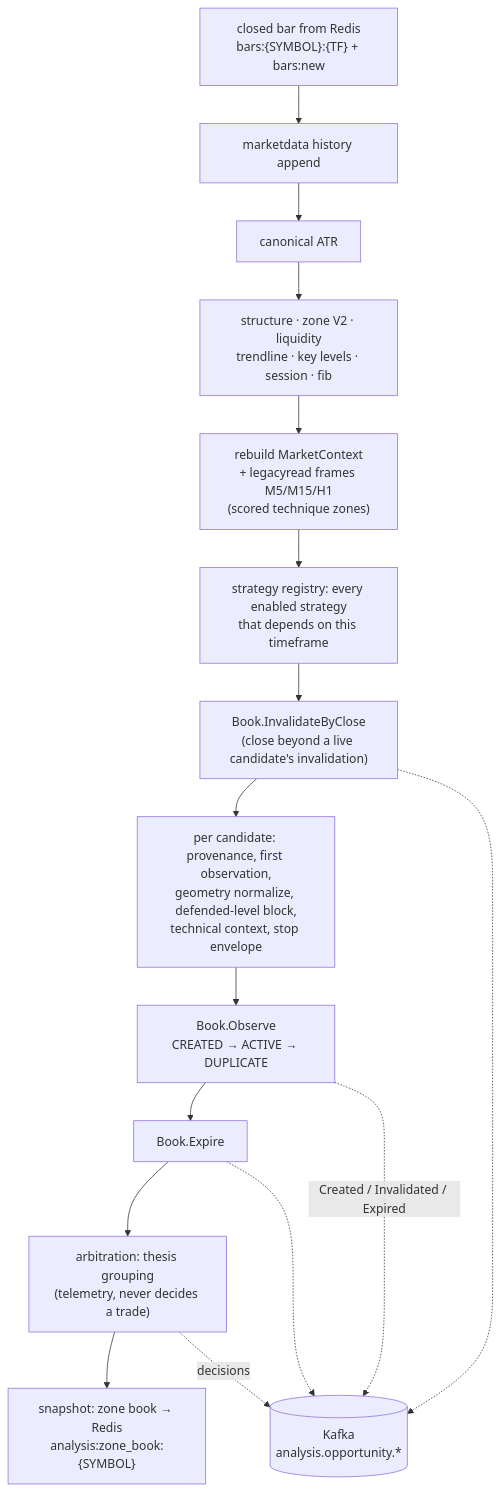
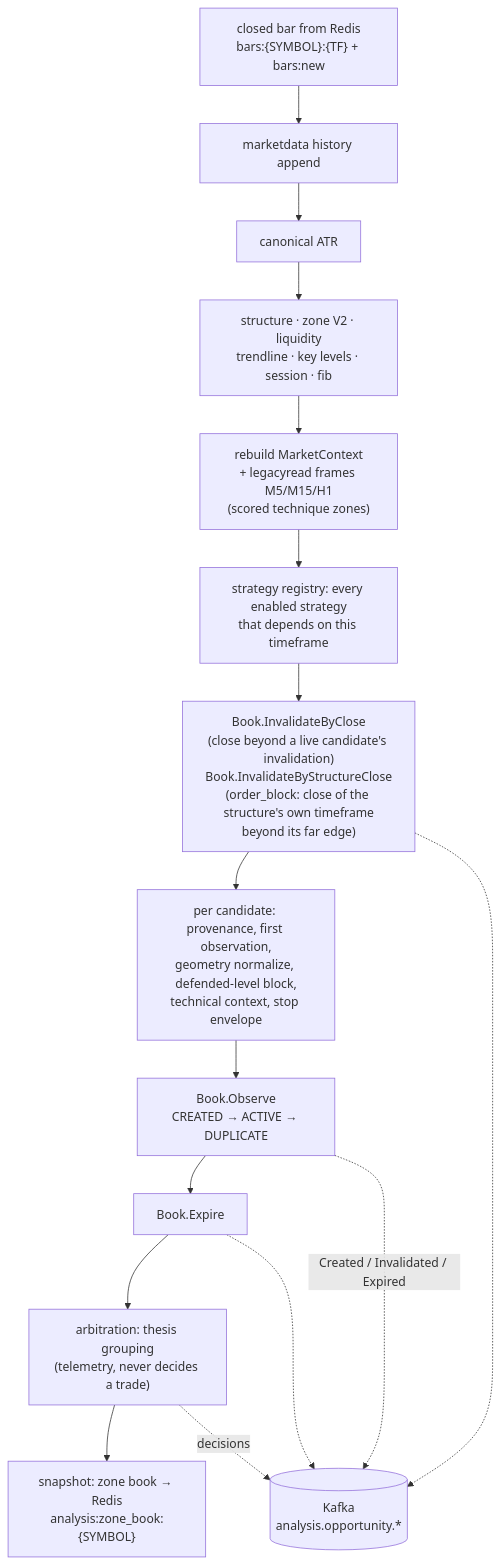
One commit to st-mich43l/apexvoid-trading-bot changed the first of 6 diagrams in docs/analysis-engine.md. Above: the diagram before and after it, drawn with Mermaid. The commit also changed other lines of this file and 1 other file, not shown here.

Commit message:
docs: update the #823 diagrams and order_block spec for the v6 definition

````diff
--- a/docs/analysis-engine.md
+++ b/docs/analysis-engine.md
@@ -13,18 +13,18 @@
 ```mermaid
 flowchart TD
   BAR["closed bar from Redis<br/>bars:{SYMBOL}:{TF} + bars:new"] --> HIST[marketdata history append]
   HIST --> ATR[canonical ATR]
   ATR --> STATE["structure · zone V2 · liquidity<br/>trendline · key levels · session · fib"]
   STATE --> CTX["rebuild MarketContext<br/>+ legacyread frames M5/M15/H1<br/>(scored technique zones)"]
   CTX --> EVAL["strategy registry: every enabled strategy<br/>that depends on this timeframe"]
-  EVAL --> INV["Book.InvalidateByClose<br/>(close beyond a live candidate's invalidation)"]
+  EVAL --> INV["Book.InvalidateByClose<br/>(close beyond a live candidate's invalidation)<br/>Book.InvalidateByStructureClose<br/>(order_block: close of the structure's own timeframe<br/>beyond its far edge)"]
   INV --> ENR["per candidate: provenance, first observation,<br/>geometry normalize, defended-level block,<br/>technical context, stop envelope"]
   ENR --> OBS["Book.Observe<br/>CREATED → ACTIVE → DUPLICATE"]
   OBS --> EXP[Book.Expire]
   EXP --> ARB["arbitration: thesis grouping<br/>(telemetry, never decides a trade)"]
   ARB --> SNAP["snapshot: zone book → Redis<br/>analysis:zone_book:{SYMBOL}"]
   OBS -. "Created / Invalidated / Expired" .-> K[("Kafka<br/>analysis.opportunity.*")]
   INV -.-> K
   EXP -.-> K
   ARB -. decisions .-> K
 ```
````
